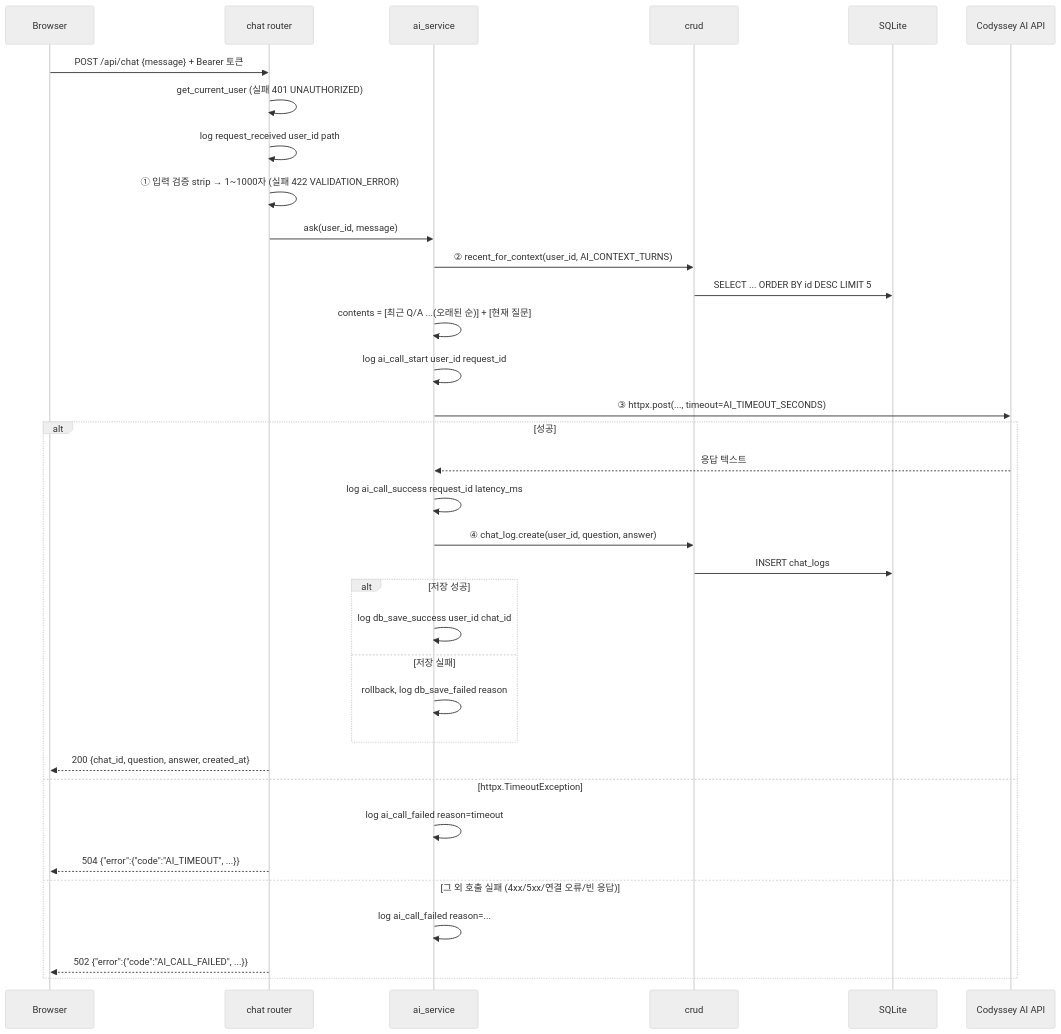
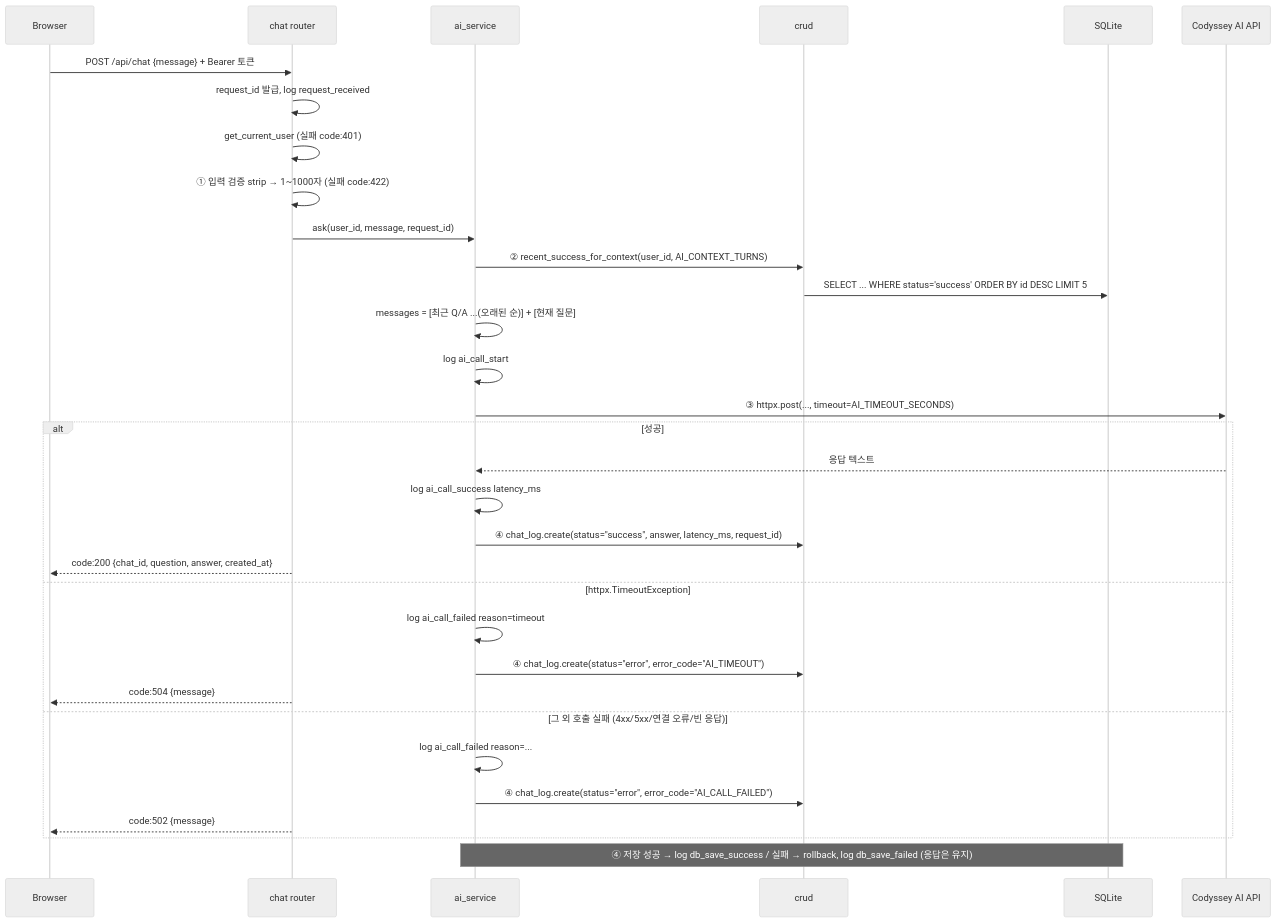
The fifth of 6 diagrams in docs/02-architecture.md (b7-1-chatbot-team/B7-1-chatbot), drawn with Mermaid (neutral theme) before and after one commit. The commit also changed other lines of this file and 11 other files, not shown here.

````diff
--- a/docs/02-architecture.md
+++ b/docs/02-architecture.md
@@ -218,37 +265,34 @@
 ```mermaid
 sequenceDiagram
     participant B as Browser
     participant R as chat router
     participant S as ai_service
     participant C as crud
     participant D as SQLite
     participant G as Codyssey AI API
     B->>R: POST /api/chat {message} + Bearer 토큰
-    R->>R: get_current_user (실패 401 UNAUTHORIZED)
-    R->>R: log request_received user_id path
-    R->>R: ① 입력 검증 strip → 1~1000자 (실패 422 VALIDATION_ERROR)
-    R->>S: ask(user_id, message)
-    S->>C: ② recent_for_context(user_id, AI_CONTEXT_TURNS)
-    C->>D: SELECT ... ORDER BY id DESC LIMIT 5
-    S->>S: contents = [최근 Q/A ...(오래된 순)] + [현재 질문]
-    S->>S: log ai_call_start user_id request_id
+    R->>R: request_id 발급, log request_received
+    R->>R: get_current_user (실패 code:401)
+    R->>R: ① 입력 검증 strip → 1~1000자 (실패 code:422)
+    R->>S: ask(user_id, message, request_id)
+    S->>C: ② recent_success_for_context(user_id, AI_CONTEXT_TURNS)
+    C->>D: SELECT ... WHERE status='success' ORDER BY id DESC LIMIT 5
+    S->>S: messages = [최근 Q/A ...(오래된 순)] + [현재 질문]
+    S->>S: log ai_call_start
     S->>G: ③ httpx.post(..., timeout=AI_TIMEOUT_SECONDS)
     alt 성공
         G-->>S: 응답 텍스트
-        S->>S: log ai_call_success request_id latency_ms
-        S->>C: ④ chat_log.create(user_id, question, answer)
-        C->>D: INSERT chat_logs
-        alt 저장 성공
-            S->>S: log db_save_success user_id chat_id
-        else 저장 실패
-            S->>S: rollback, log db_save_failed reason
-        end
-        R-->>B: 200 {chat_id, question, answer, created_at}
+        S->>S: log ai_call_success latency_ms
+        S->>C: ④ chat_log.create(status="success", answer, latency_ms, request_id)
+        R-->>B: code:200 {chat_id, question, answer, created_at}
     else httpx.TimeoutException
         S->>S: log ai_call_failed reason=timeout
-        R-->>B: 504 {"error":{"code":"AI_TIMEOUT", ...}}
+        S->>C: ④ chat_log.create(status="error", error_code="AI_TIMEOUT")
+        R-->>B: code:504 {message}
     else 그 외 호출 실패 (4xx/5xx/연결 오류/빈 응답)
         S->>S: log ai_call_failed reason=...
-        R-->>B: 502 {"error":{"code":"AI_CALL_FAILED", ...}}
+        S->>C: ④ chat_log.create(status="error", error_code="AI_CALL_FAILED")
+        R-->>B: code:502 {message}
     end
+    Note over S,D: ④ 저장 성공 → log db_save_success / 실패 → rollback, log db_save_failed (응답은 유지)
 ```
````
